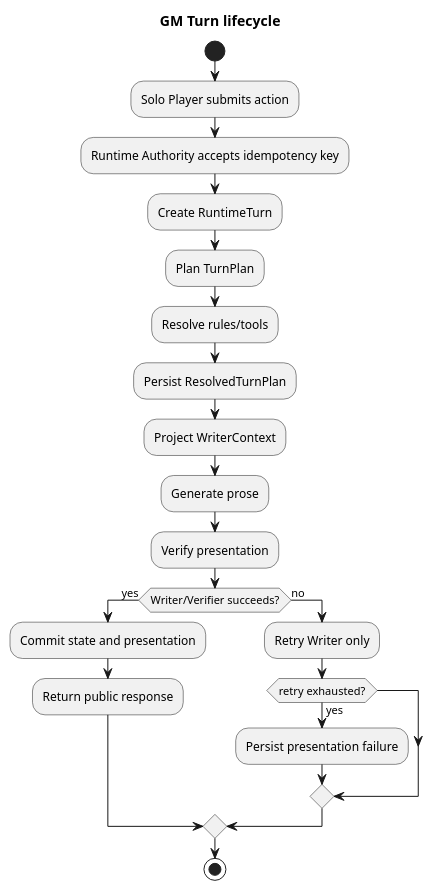
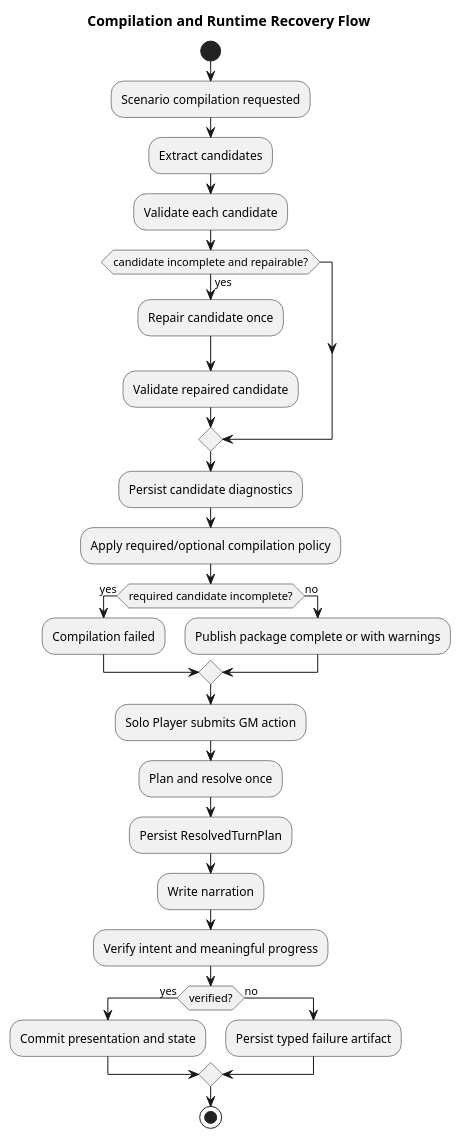
The first of 3 diagrams in docs/specs/architecture-spec.md (omegafrog/dnd-master), drawn with PlantUML before and after one commit. The commit also changed other lines of this file and 11 other files, not shown here.

Commit message:
docs(plans): split failure recovery implementation

````diff
--- a/docs/specs/architecture-spec.md
+++ b/docs/specs/architecture-spec.md
@@ -33,25 +34,32 @@
 ```plantuml
 @startuml
-title GM Turn lifecycle
+title Compilation and Runtime Recovery Flow
 start
-:Solo Player submits action;
-:Runtime Authority accepts idempotency key;
-:Create RuntimeTurn;
-:Plan TurnPlan;
-:Resolve rules/tools;
+:Scenario compilation requested;
+:Extract candidates;
+:Validate each candidate;
+if (candidate incomplete and repairable?) then (yes)
+  :Repair candidate once;
+  :Validate repaired candidate;
+endif
+:Persist candidate diagnostics;
+:Apply required/optional compilation policy;
+if (required candidate incomplete?) then (yes)
+  :Compilation failed;
+else (no)
+  :Publish package complete or with warnings;
+endif
+
+:Solo Player submits GM action;
+:Plan and resolve once;
 :Persist ResolvedTurnPlan;
-:Project WriterContext;
-:Generate prose;
-:Verify presentation;
-if (Writer/Verifier succeeds?) then (yes)
-  :Commit state and presentation;
-  :Return public response;
+:Write narration;
+:Verify intent and meaningful progress;
+if (verified?) then (yes)
+  :Commit presentation and state;
 else (no)
-  :Retry Writer only;
-  if (retry exhausted?) then (yes)
-    :Persist presentation failure;
-  endif
+  :Persist typed failure artifact;
 endif
 stop
 @enduml
 ```
````
